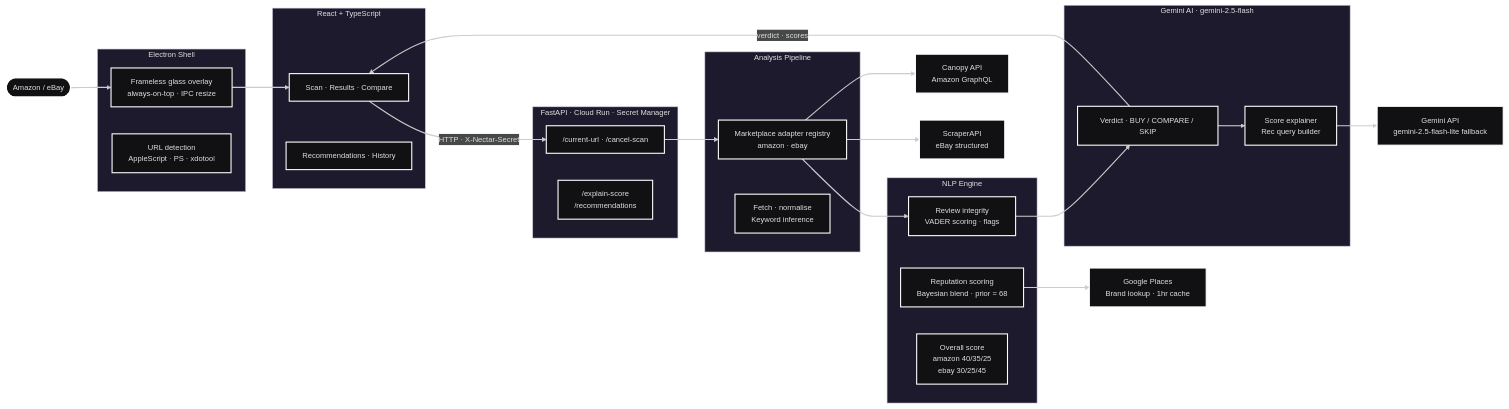
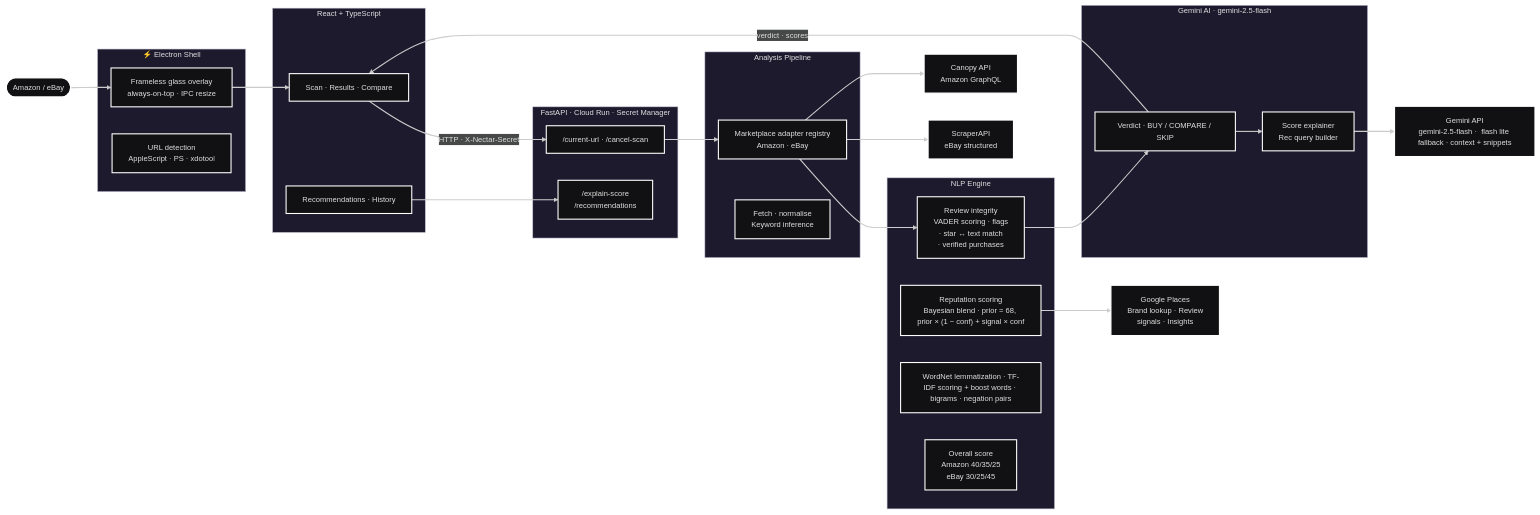
The diagram in README.md (shivankvirdi/Nectar-GDG), drawn with Mermaid before and after one commit.

Commit message:
Update README.md mermaid architecture

````diff
--- a/README.md
+++ b/README.md
@@ -31,47 +31,49 @@
 ```mermaid
 ---
 config:
   layout: dagre
   theme: redux-dark-color
   look: redux
   fontFamily: '''Source Code Pro Variable'', monospace'
   themeVariables:
     fontFamily: '''Source Code Pro Variable'', monospace'
 ---
 flowchart LR
- subgraph ELECTRON["Electron Shell"]
+ subgraph ELECTRON["⚡  Electron Shell"]
         E1["Frameless glass overlay\nalways-on-top · IPC resize"]
         E2["URL detection\nAppleScript · PS · xdotool"]
   end
  subgraph REACT["React + TypeScript"]
         R1["Scan · Results · Compare"]
         R2["Recommendations · History"]
   end
  subgraph API["FastAPI · Cloud Run · Secret Manager"]
         A1["/current-url · /cancel-scan"]
         A2["/explain-score\n/recommendations"]
   end
- subgraph PIPELINE[" Analysis Pipeline"]
-        P1["Marketplace adapter registry\namazon · ebay"]
+ subgraph PIPELINE["Analysis Pipeline"]
+        P1["Marketplace adapter registry\nAmazon · eBay"]
         P2["Fetch · normalise\nKeyword inference"]
   end
- subgraph NLP[" NLP Engine"]
-        N1["Review integrity\nVADER scoring · flags"]
-        N2["Reputation scoring\nBayesian blend · prior = 68"]
-        N3["Overall score\namazon 40/35/25\nebay  30/25/45"]
+ subgraph NLP["NLP Engine"]
+        N1["Review integrity\nVADER scoring · flags\n· star ↔ text match\n· verified purchases"]
+        N2["Reputation scoring\nBayesian blend · prior = 68, prior × (1 − conf) + signal × conf"]
+        N3["WordNet lemmatization · TF-IDF scoring + boost words · bigrams · negation pairs"]
+        N4["Overall score\nAmazon 40/35/25\neBay  30/25/45"]
   end
  subgraph AILAY["Gemini AI · gemini-2.5-flash"]
         G1["Verdict · BUY / COMPARE / SKIP"]
         G2["Score explainer\nRec query builder"]
   end
-    USER([" Amazon / eBay"]) --> E1
+    USER(["Amazon / eBay"]) --> E1
     E1 --> R1
     A1 --> P1
     P1 --> N1 & CANOPY["Canopy API\nAmazon GraphQL"] & SCRAPER["ScraperAPI\neBay structured"]
     N1 --> G1
     G1 -- verdict · scores --> R1
-    N2 --> PLACES["Google Places\nBrand lookup · 1hr cache"]
+    N2 --> PLACES["Google Places\nBrand lookup · Review\nsignals · Insights"]
     G1 --> G2
-    G2 --> GAPI["Gemini API\ngemini-2.5-flash-lite fallback"]
+    G2 --> GAPI["Gemini API\ngemini-2.5-flash ·  flash lite fallback · context + snippets"]
     R1 -- "HTTP · X-Nectar-Secret" --> A1
+    R2 --> A2
 ```
````
